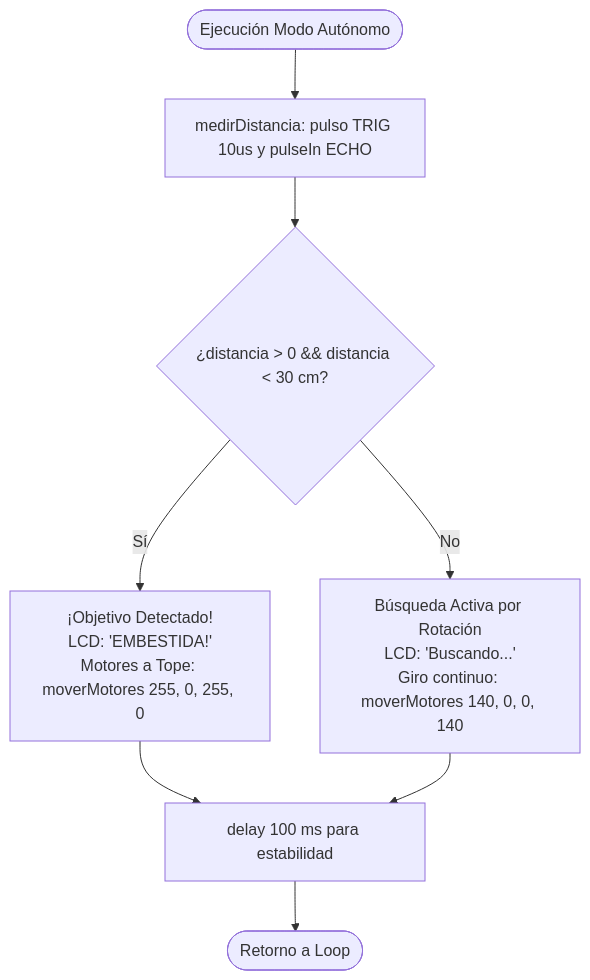
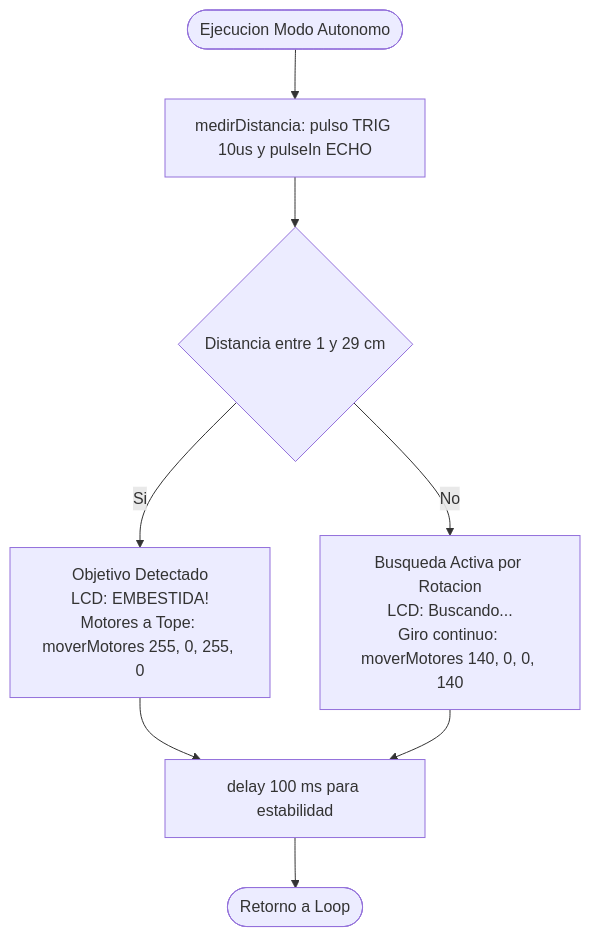
Before and after one commit to paulinopaul/robot_sumo_usando_agentes_ia: the second of 2 diagrams in firmware/robot_sumo/README.md, drawn with Mermaid. The commit also changed other lines of this file and 2 other files, not shown here.

````diff
--- a/firmware/robot_sumo/README.md
+++ b/firmware/robot_sumo/README.md
@@ -36,13 +36,13 @@
 ```mermaid
 flowchart TD
-    StartAuto([Ejecución Modo Autónomo]) --> Measure[medirDistancia: pulso TRIG 10us y pulseIn ECHO]
-    Measure --> EvalDist{¿distancia > 0 && distancia < 30 cm?}
+    StartAuto([Ejecucion Modo Autonomo]) --> Measure[medirDistancia: pulso TRIG 10us y pulseIn ECHO]
+    Measure --> EvalDist{Distancia entre 1 y 29 cm}
     
-    EvalDist -- Sí --> Embestida[¡Objetivo Detectado!<br/>LCD: 'EMBESTIDA!'<br/>Motores a Tope: moverMotores 255, 0, 255, 0]
+    EvalDist -- Si --> Embestida[Objetivo Detectado<br/>LCD: EMBESTIDA!<br/>Motores a Tope: moverMotores 255, 0, 255, 0]
     
-    EvalDist -- No --> Busqueda[Búsqueda Activa por Rotación<br/>LCD: 'Buscando...'<br/>Giro continuo: moverMotores 140, 0, 0, 140]
+    EvalDist -- No --> Busqueda[Busqueda Activa por Rotacion<br/>LCD: Buscando...<br/>Giro continuo: moverMotores 140, 0, 0, 140]
     
     Embestida --> Delay100[delay 100 ms para estabilidad]
     Busqueda --> Delay100
     Delay100 --> EndAuto([Retorno a Loop])
 ```
````
